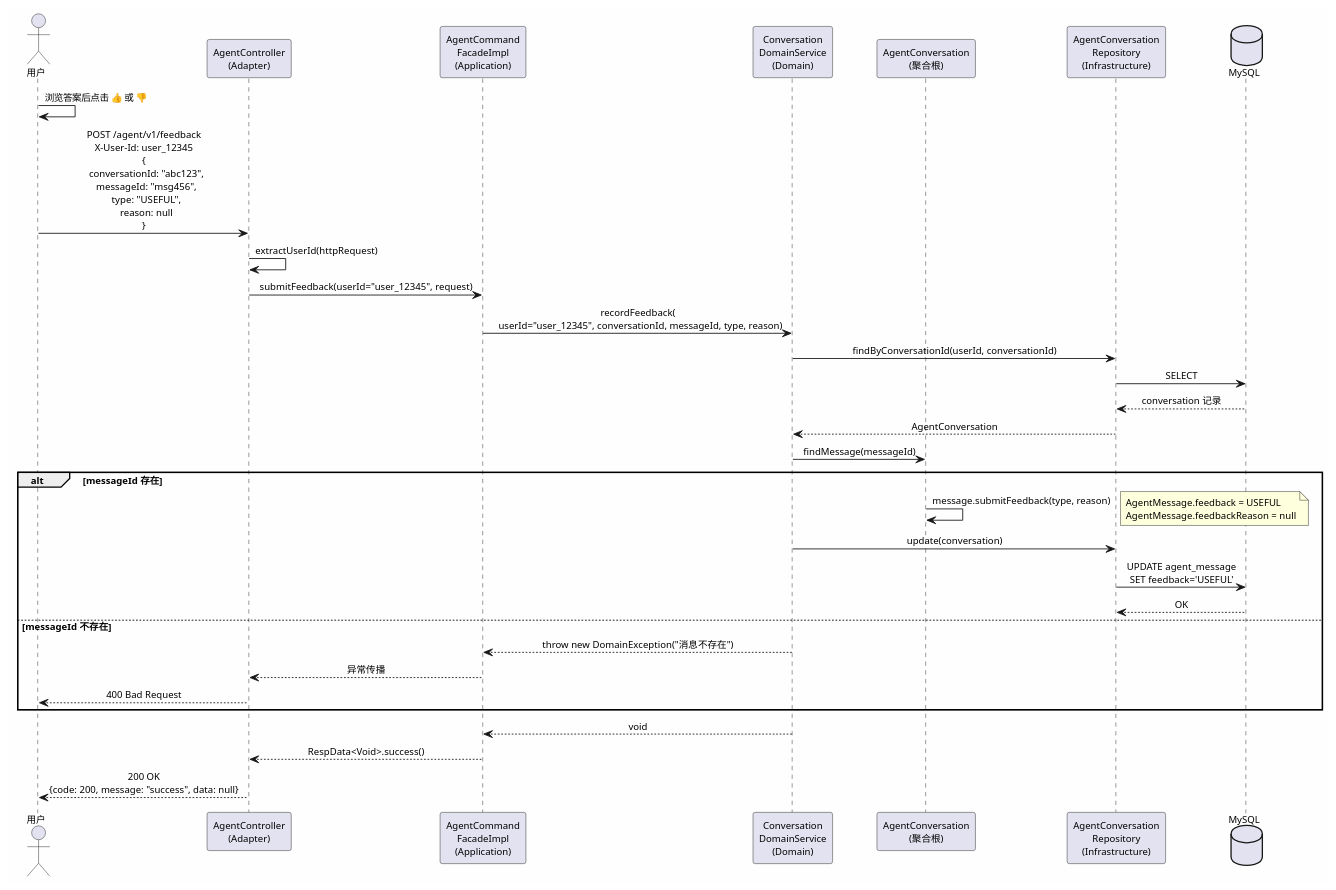
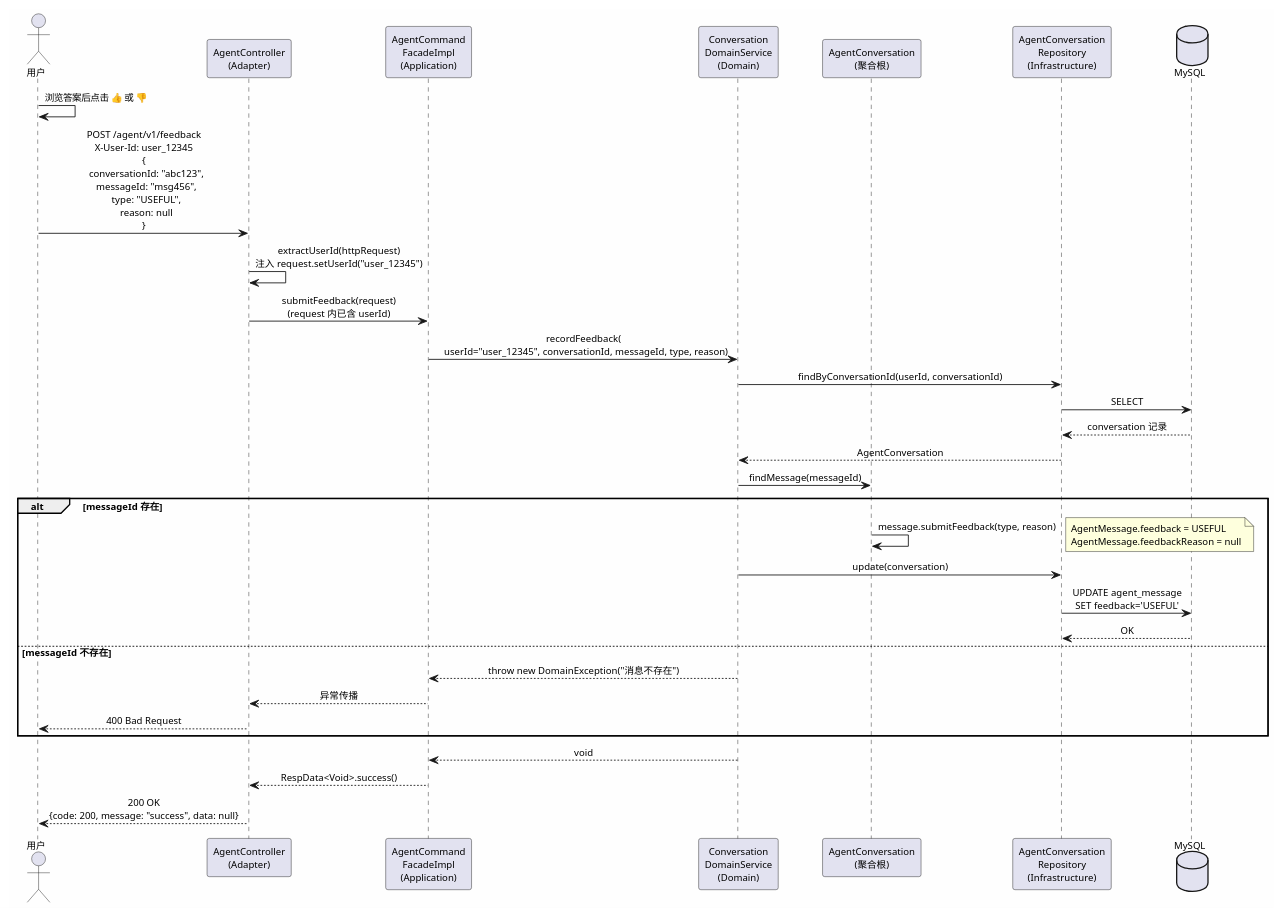
Before and after one commit to lazycece/zsagent: the sixth of 6 diagrams in document/design/智能问答模块详细设计.md, drawn with PlantUML. The commit also changed other lines of this file, not shown here.

````diff
--- a/document/design/智能问答模块详细设计.md
+++ b/document/design/智能问答模块详细设计.md
@@ -1830,51 +1842,51 @@
 ```plantuml
 @startuml 反馈收集流程
 skinparam backgroundColor #FEFEFE
 skinparam defaultFontSize 11
 skinparam sequenceMessageAlign center
 
 actor 用户 as User
 participant "AgentController\n(Adapter)" as Controller
 participant "AgentCommand\nFacadeImpl\n(Application)" as Facade
 participant "Conversation\nDomainService\n(Domain)" as DomainSvc
 participant "AgentConversation\n(聚合根)" as Conv
 participant "AgentConversation\nRepository\n(Infrastructure)" as Repo
 database MySQL
 
 User -> User: 浏览答案后点击 👍 或 👎
 
 User -> Controller: POST /agent/v1/feedback\nX-User-Id: user_12345\n{\n  conversationId: "abc123",\n  messageId: "msg456",\n  type: "USEFUL",\n  reason: null\n}
 
-Controller -> Controller: extractUserId(httpRequest)
-Controller -> Facade: submitFeedback(userId="user_12345", request)
+Controller -> Controller: extractUserId(httpRequest)\n注入 request.setUserId("user_12345")
+Controller -> Facade: submitFeedback(request)\n(request 内已含 userId)
 
 Facade -> DomainSvc: recordFeedback(\n  userId="user_12345", conversationId, messageId, type, reason)
 
 DomainSvc -> Repo: findByConversationId(userId, conversationId)
 Repo -> MySQL: SELECT
 MySQL --> Repo: conversation 记录
 Repo --> DomainSvc: AgentConversation
 
 DomainSvc -> Conv: findMessage(messageId)
 
 alt messageId 存在
     Conv -> Conv: message.submitFeedback(type, reason)
     note right
       AgentMessage.feedback = USEFUL
       AgentMessage.feedbackReason = null
     end note
     DomainSvc -> Repo: update(conversation)
     Repo -> MySQL: UPDATE agent_message\nSET feedback='USEFUL'
     MySQL --> Repo: OK
 else messageId 不存在
     DomainSvc --> Facade: throw new DomainException("消息不存在")
     Facade --> Controller: 异常传播
     Controller --> User: 400 Bad Request
 end
 
 DomainSvc --> Facade: void
 Facade --> Controller: RespData<Void>.success()
 Controller --> User: 200 OK\n{code: 200, message: "success", data: null}
 
 @enduml
 ```
````
